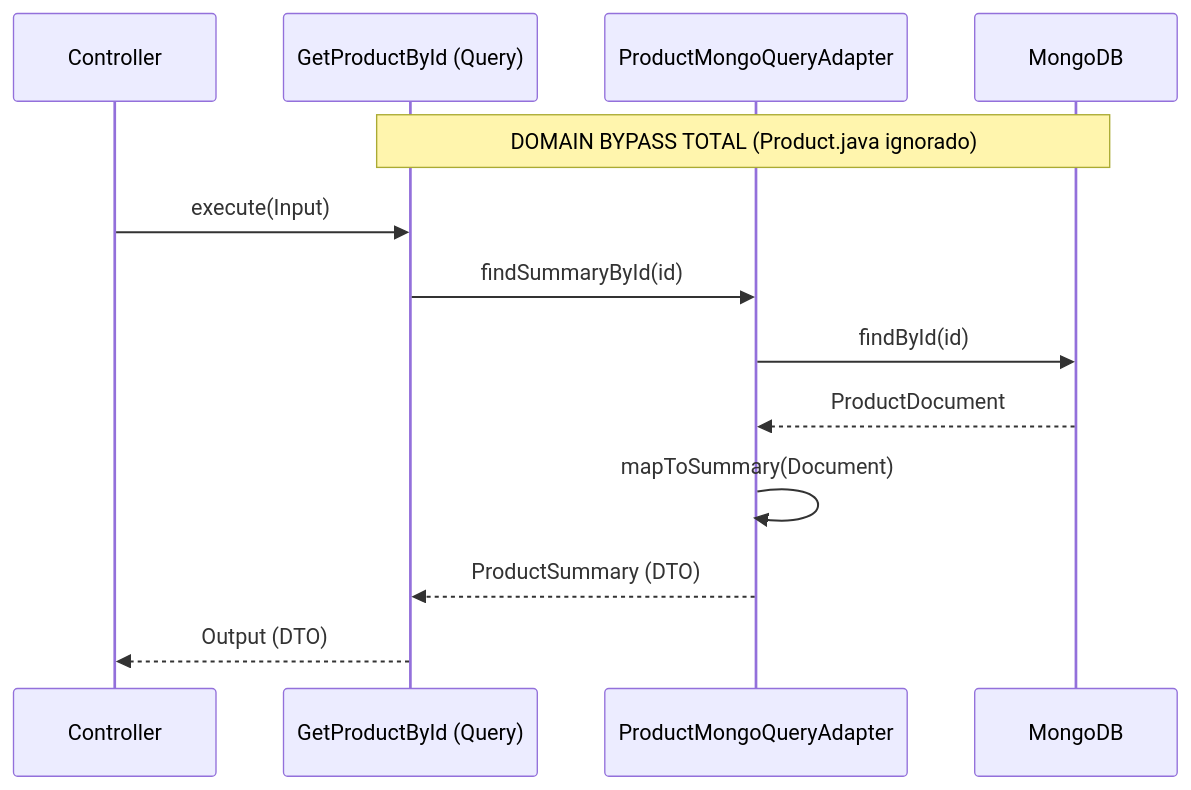
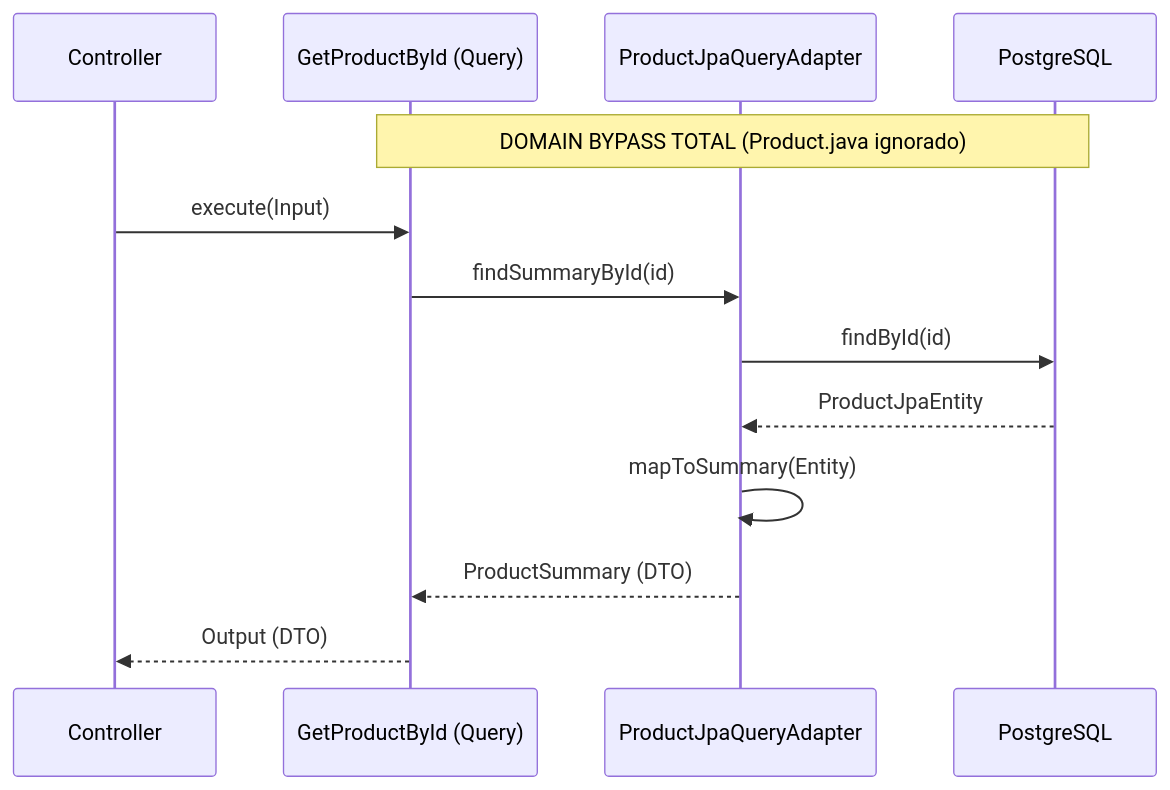
One commit to wallanpsantos/ms-product-catalog changed the first of 2 diagrams in docs/referencias/PATTERNS_CQS_CQRS.md. Above: the diagram before and after it, drawn with Mermaid. The commit also changed other lines of this file and 7 other files, not shown here.

First line of the commit message:
docs: atualiza documentação para refletir migração de MongoDB para PostgreSQL

````diff
--- a/docs/referencias/PATTERNS_CQS_CQRS.md
+++ b/docs/referencias/PATTERNS_CQS_CQRS.md
@@ -65,17 +65,17 @@
 ```mermaid
 sequenceDiagram
     participant API as Controller
     participant UC as GetProductById (Query)
-    participant GW as ProductMongoQueryAdapter
-    participant DB as MongoDB
+    participant GW as ProductJpaQueryAdapter
+    participant DB as PostgreSQL
 
     Note over UC, DB: DOMAIN BYPASS TOTAL (Product.java ignorado)
 
     API->>UC: execute(Input)
     UC->>GW: findSummaryById(id)
     GW->>DB: findById(id)
-    DB-->>GW: ProductDocument
-    GW->>GW: mapToSummary(Document)
+    DB-->>GW: ProductJpaEntity
+    GW->>GW: mapToSummary(Entity)
     GW-->>UC: ProductSummary (DTO)
     UC-->>API: Output (DTO)
 ```
````
